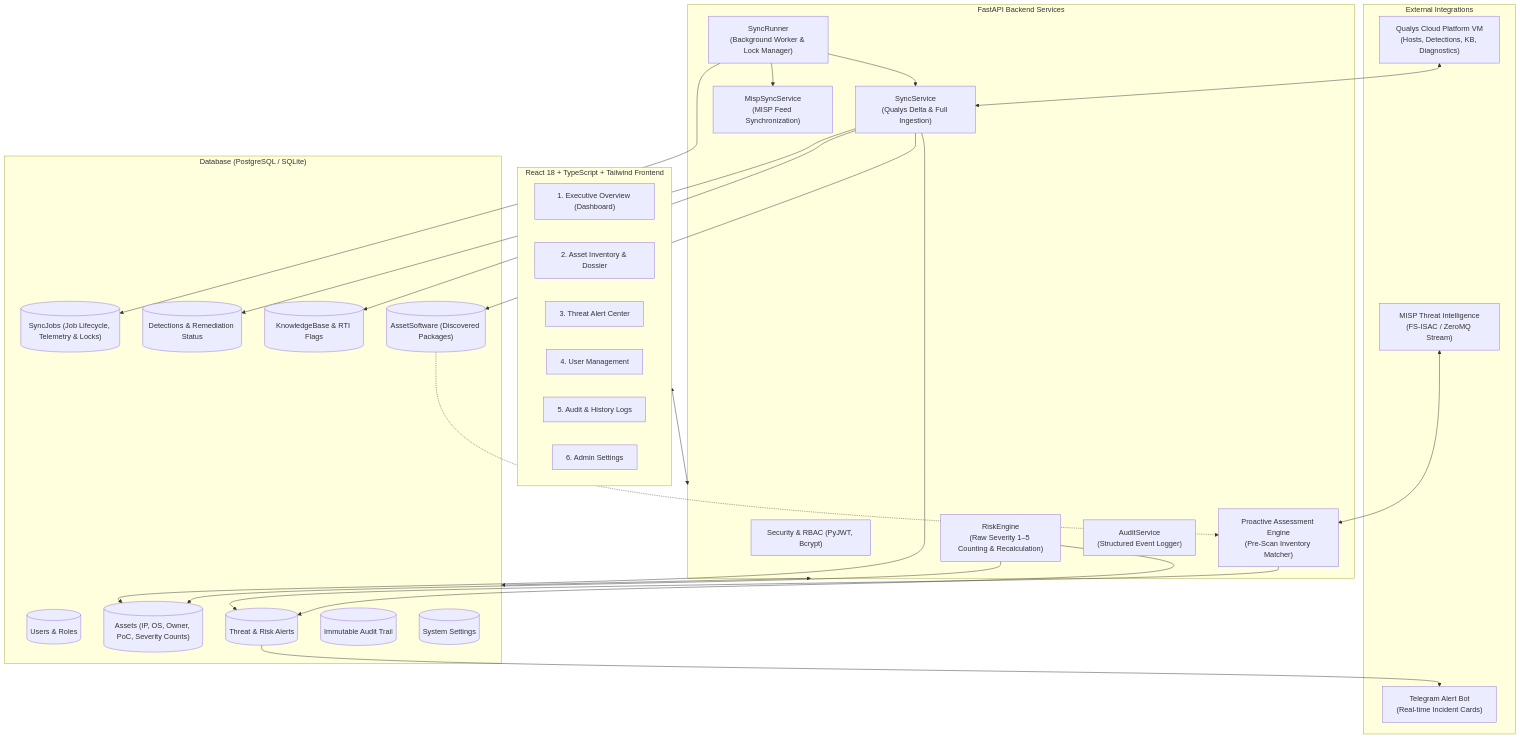
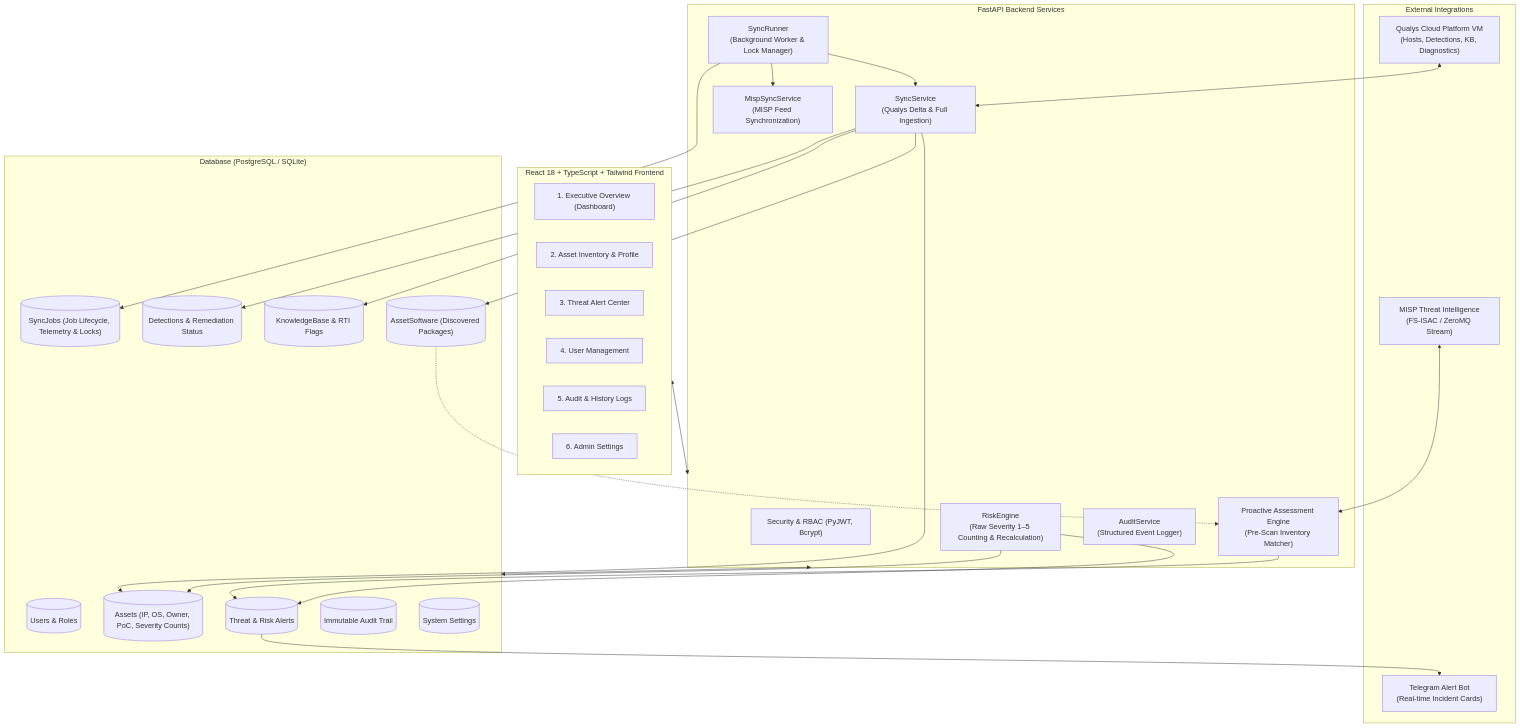
Before and after one commit to kimsrung/nb_vul_dashboard: the first of 5 diagrams in docs/overview.md, drawn with Mermaid. The commit also changed other lines of this file and 16 other files, not shown here.

````diff
--- a/docs/overview.md
+++ b/docs/overview.md
@@ -11,57 +11,57 @@
 ```mermaid
 flowchart TD
     subgraph External_Integrations["External Integrations"]
         QUALYS["Qualys Cloud Platform VM<br/>(Hosts, Detections, KB, Diagnostics)"]
         MISP["MISP Threat Intelligence<br/>(FS-ISAC / ZeroMQ Stream)"]
         TG["Telegram Alert Bot<br/>(Real-time Incident Cards)"]
     end
 
     subgraph Backend_Core["FastAPI Backend Services"]
         AUTH_SVC["Security & RBAC (PyJWT, Bcrypt)"]
         SYNC_RUNNER["SyncRunner<br/>(Background Worker & Lock Manager)"]
         SYNC_SVC["SyncService<br/>(Qualys Delta & Full Ingestion)"]
         MISP_SYNC["MispSyncService<br/>(MISP Feed Synchronization)"]
         RISK_ENG["RiskEngine<br/>(Raw Severity 1–5 Counting & Recalculation)"]
         MISP_ENG["Proactive Assessment Engine<br/>(Pre-Scan Inventory Matcher)"]
         AUDIT_SVC["AuditService<br/>(Structured Event Logger)"]
     end
 
     subgraph Database["Database (PostgreSQL / SQLite)"]
         DB_USER[("Users & Roles")]
         DB_SYNC[("SyncJobs (Job Lifecycle, Telemetry & Locks)")]
         DB_ASSET[("Assets (IP, OS, Owner, PoC, Severity Counts)")]
         DB_DET[("Detections & Remediation Status")]
         DB_KB[("KnowledgeBase & RTI Flags")]
         DB_SW[("AssetSoftware (Discovered Packages)")]
         DB_ALERT[("Threat & Risk Alerts")]
         DB_AUDIT[("Immutable Audit Trail")]
         DB_SETTING[("System Settings")]
     end
 
     subgraph Frontend_App["React 18 + TypeScript + Tailwind Frontend"]
         MOD1["1. Executive Overview (Dashboard)"]
-        MOD2["2. Asset Inventory & Dossier"]
+        MOD2["2. Asset Inventory & Profile"]
         MOD3["3. Threat Alert Center"]
         MOD4["4. User Management"]
         MOD5["5. Audit & History Logs"]
         MOD6["6. Admin Settings"]
     end
 
     QUALYS <--> SYNC_SVC
     MISP <--> MISP_ENG
     SYNC_RUNNER --> SYNC_SVC
     SYNC_RUNNER --> MISP_SYNC
     SYNC_RUNNER --> DB_SYNC
     SYNC_SVC --> DB_ASSET
     SYNC_SVC --> DB_DET
     SYNC_SVC --> DB_KB
     SYNC_SVC --> DB_SW
     DB_SW -.-> MISP_ENG
     MISP_ENG --> DB_ALERT
     RISK_ENG --> DB_ASSET
     RISK_ENG --> DB_ALERT
     DB_ALERT --> TG
 
     Frontend_App <--> Backend_Core
     Backend_Core <--> Database
 ```
````
